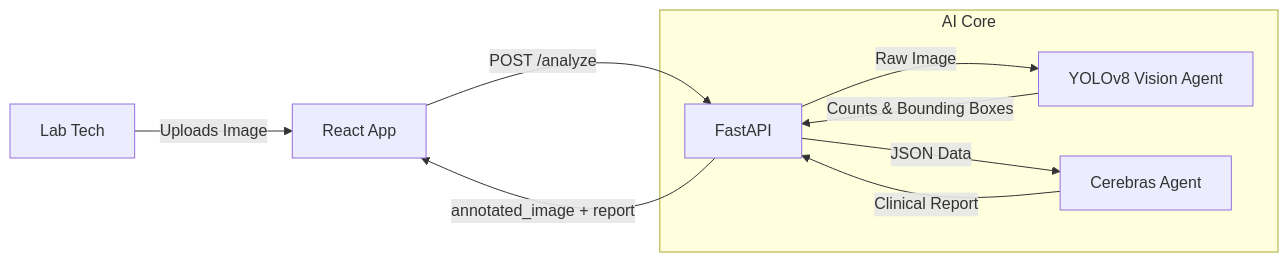
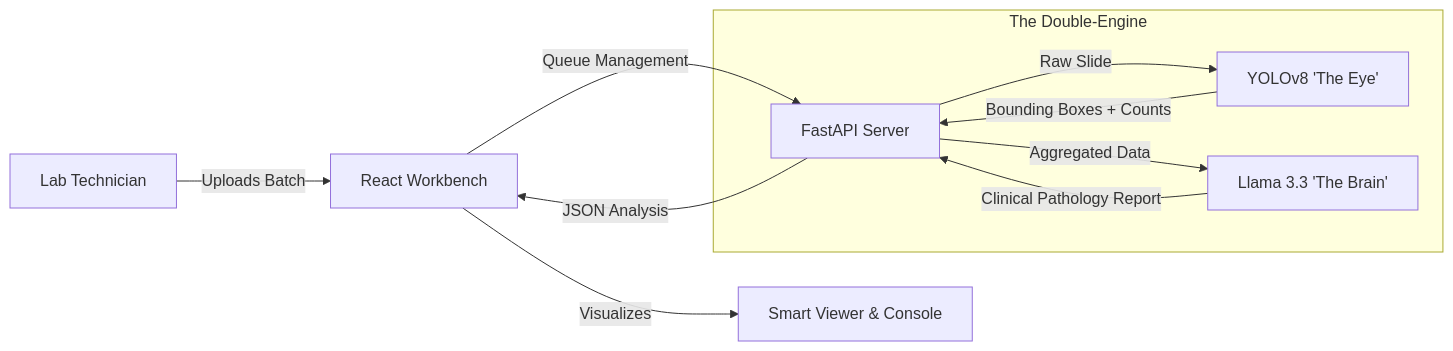
Before and after one commit to ujpm/Microsmart_PF: the diagram in README.md, drawn with Mermaid. The commit also changed other lines of this file, not shown here.

````diff
--- a/README.md
+++ b/README.md
@@ -94,12 +117,16 @@
 ```mermaid
 graph LR
-    User[Lab Tech] -->|Uploads Image| Frontend[React App]
-    Frontend -->|POST /analyze| Backend[FastAPI]
-    subgraph "AI Core"
-        Backend -->|Raw Image| Vision[YOLOv8 Vision Agent]
-        Vision -->|Counts & Bounding Boxes| Backend
-        Backend -->|JSON Data| Brain[Cerebras Agent]
-        Brain -->|Clinical Report| Backend
+    User[Lab Technician] -->|Uploads Batch| Cockpit[React Workbench]
+    Cockpit -->|Queue Management| Backend[FastAPI Server]
+    
+    subgraph "The Double-Engine"
+        Backend -->|Raw Slide| Vision[YOLOv8 'The Eye']
+        Vision -->|Bounding Boxes + Counts| Backend
+        Backend -->|Aggregated Data| Brain[Llama 3.3 'The Brain']
+        Brain -->|Clinical Pathology Report| Backend
     end
-    Backend -->| annotated_image + report | Frontend
+    
+    Backend -->|JSON Analysis| Cockpit
+    Cockpit -->|Visualizes| Display[Smart Viewer & Console]
+
 ```
````
